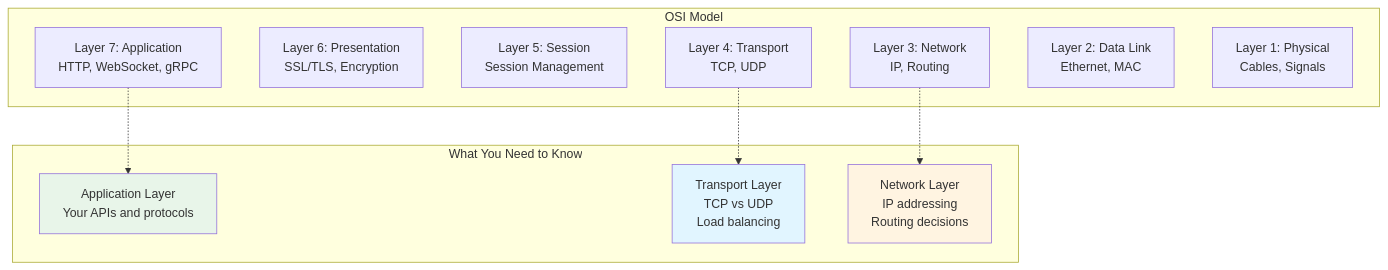
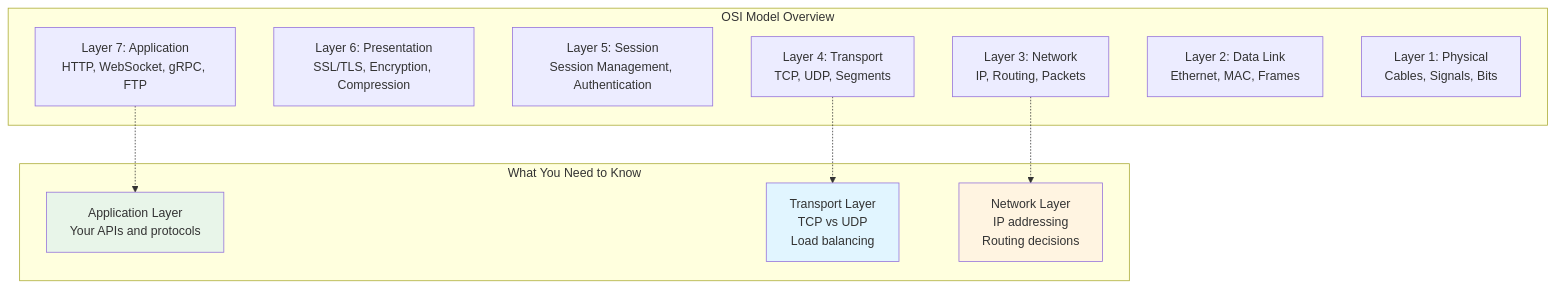
Diagram 12 of 26 in LLD/CoreConcepts/Networking.md (cartmancodes/InterviewVault), drawn with Mermaid before and after one commit. The commit also changed other lines of this file, not shown here.

Commit message:
Added OSI documentation

````diff
--- a/LLD/CoreConcepts/Networking.md
+++ b/LLD/CoreConcepts/Networking.md
@@ -422,26 +426,26 @@
 ```mermaid
 graph TB
-    subgraph "OSI Model"
-        L7_OSI[Layer 7: Application<br/>HTTP, WebSocket, gRPC]
-        L6_OSI[Layer 6: Presentation<br/>SSL/TLS, Encryption]
-        L5_OSI[Layer 5: Session<br/>Session Management]
-        L4_OSI[Layer 4: Transport<br/>TCP, UDP]
-        L3_OSI[Layer 3: Network<br/>IP, Routing]
-        L2_OSI[Layer 2: Data Link<br/>Ethernet, MAC]
-        L1_OSI[Layer 1: Physical<br/>Cables, Signals]
+    subgraph "OSI Model Overview"
+        L7_OSI[Layer 7: Application<br/>HTTP, WebSocket, gRPC, FTP]
+        L6_OSI[Layer 6: Presentation<br/>SSL/TLS, Encryption, Compression]
+        L5_OSI[Layer 5: Session<br/>Session Management, Authentication]
+        L4_OSI[Layer 4: Transport<br/>TCP, UDP, Segments]
+        L3_OSI[Layer 3: Network<br/>IP, Routing, Packets]
+        L2_OSI[Layer 2: Data Link<br/>Ethernet, MAC, Frames]
+        L1_OSI[Layer 1: Physical<br/>Cables, Signals, Bits]
     end
     
     subgraph "What You Need to Know"
         APP[Application Layer<br/>Your APIs and protocols]
         TRANS[Transport Layer<br/>TCP vs UDP<br/>Load balancing]
         NET[Network Layer<br/>IP addressing<br/>Routing decisions]
     end
     
     L7_OSI -.-> APP
     L4_OSI -.-> TRANS
     L3_OSI -.-> NET
     
     style APP fill:#e8f5e9
     style TRANS fill:#e1f5ff
     style NET fill:#fff4e1
 ```
````
